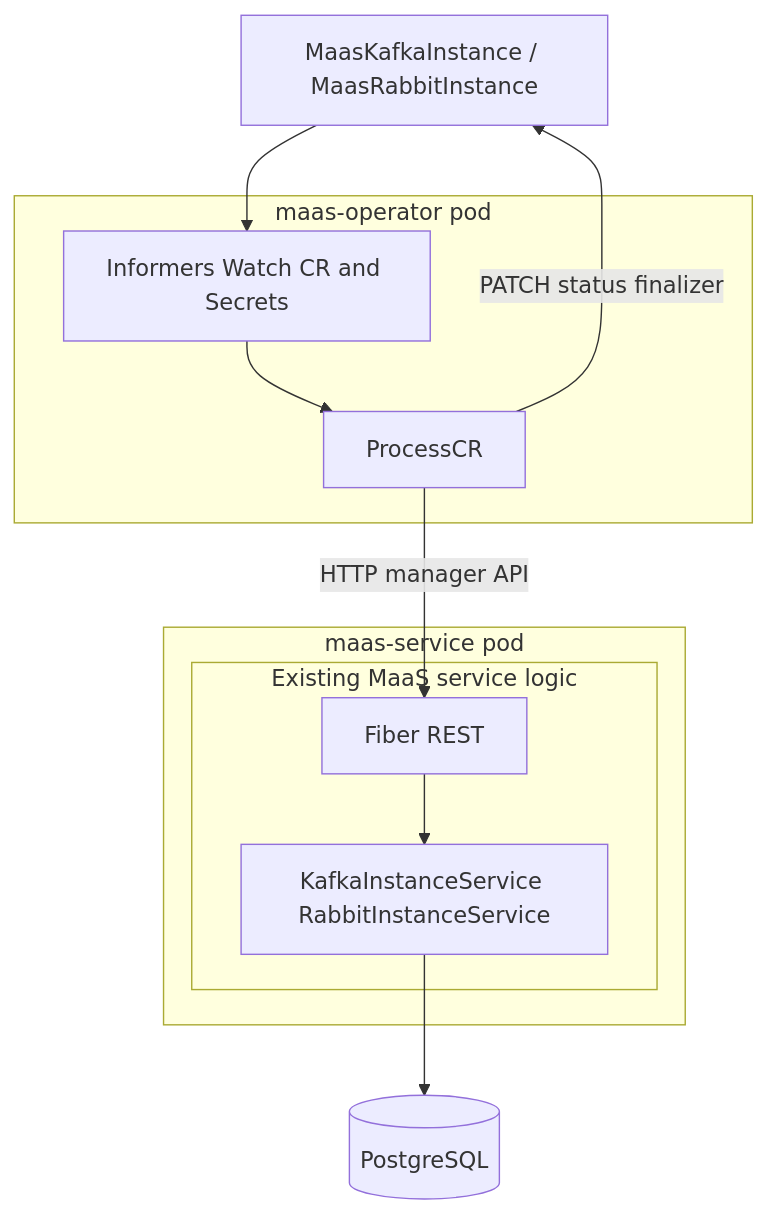
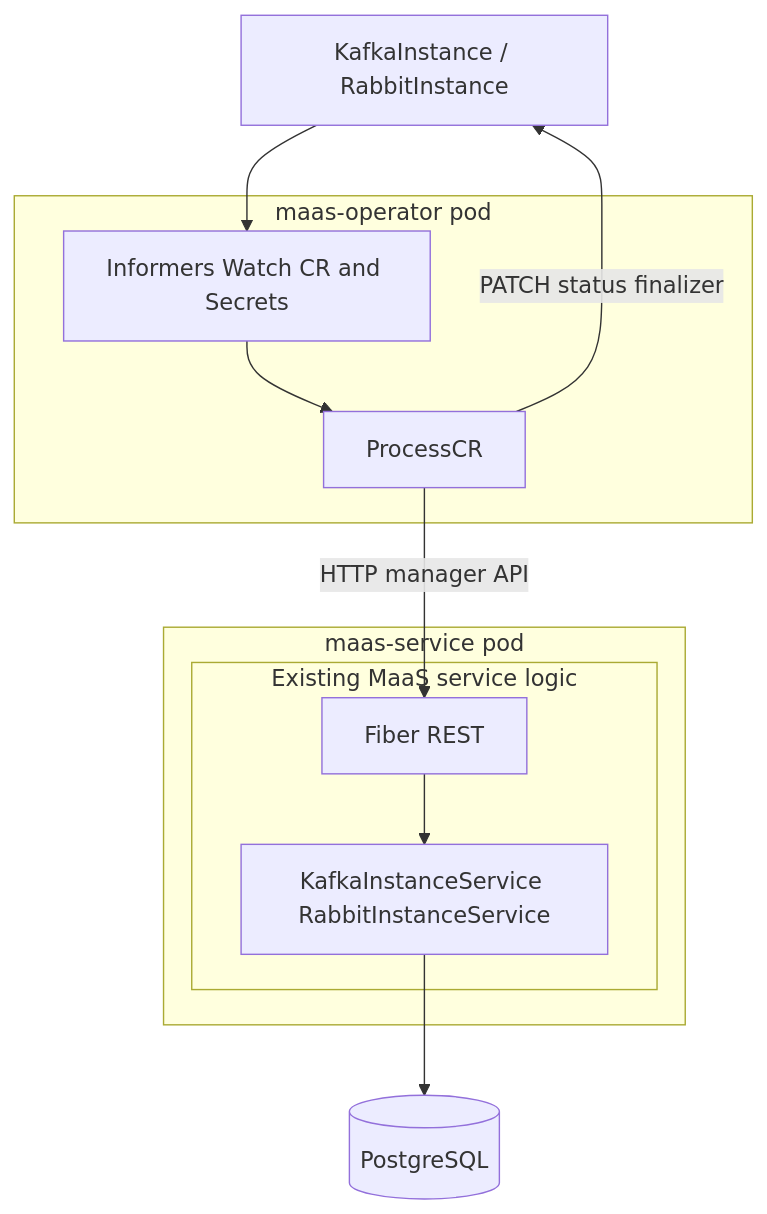
Before and after one commit to Netcracker/qubership-maas: the first of 5 diagrams in docs/operator_design_notes.md, drawn with Mermaid. The commit also changed other lines of this file and 3 other files, not shown here.

````diff
--- a/docs/operator_design_notes.md
+++ b/docs/operator_design_notes.md
@@ -28,20 +28,20 @@
 ```mermaid
 flowchart TB
-  crB[MaasKafkaInstance / MaasRabbitInstance]
+  crB[KafkaInstance / RabbitInstance]
   subgraph opB [maas-operator pod]
     recB[Informers Watch CR and Secrets]
     processB[ProcessCR]
     recB --> processB
   end
   subgraph msB [maas-service pod]
     subgraph logicB [Existing MaaS service logic]
       fiberB[Fiber REST]
       instB[KafkaInstanceService RabbitInstanceService]
       fiberB --> instB
     end
   end
   crB --> recB
   processB -->|"HTTP manager API"| fiberB
   processB -->|"PATCH status finalizer"| crB
   instB --> pgB[(PostgreSQL)]
 ```
````
